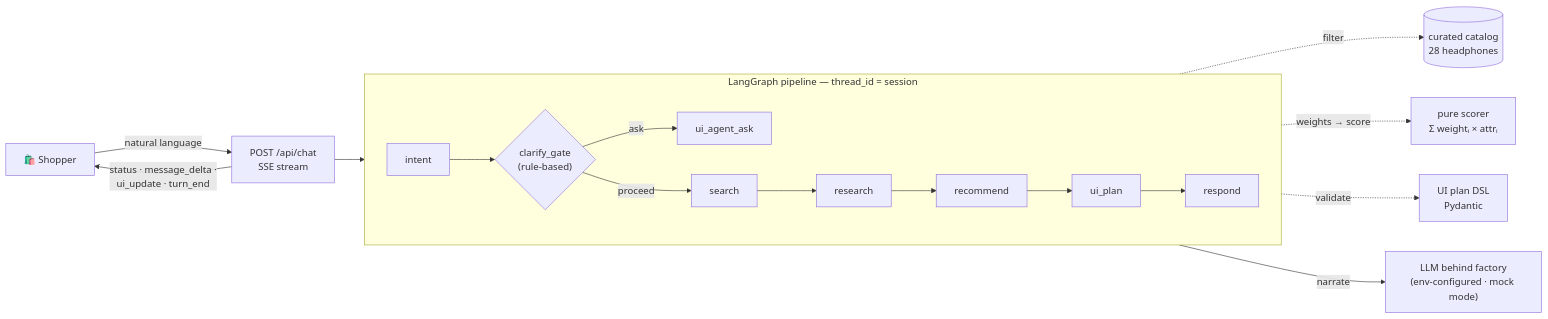
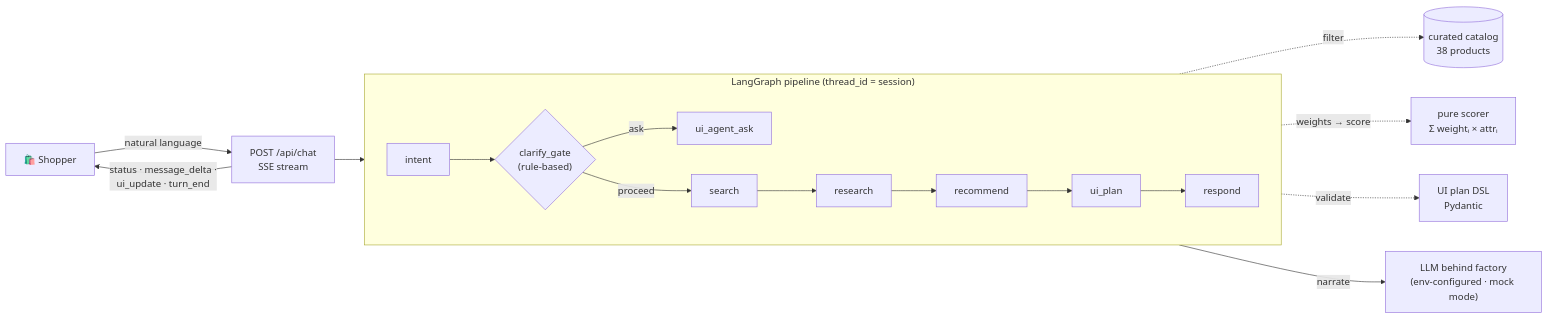
Before and after one commit to Zahrannnn/agentic-shop: the diagram in README.md, drawn with Mermaid. The commit also changed other lines of this file, not shown here.

````diff
--- a/README.md
+++ b/README.md
@@ -62,19 +61,19 @@
 ```mermaid
 flowchart LR
     U["🛍️ Shopper"] -->|"natural language"| API["POST /api/chat<br/>SSE stream"]
     API --> G
 
-    subgraph G["LangGraph pipeline — thread_id = session"]
+    subgraph G["LangGraph pipeline (thread_id = session)"]
         direction LR
         I["intent"] --> CG{"clarify_gate<br/>(rule-based)"}
         CG -->|"ask"| QA["ui_agent_ask"]
         CG -->|"proceed"| S["search"] --> RES["research"] --> REC["recommend"] --> UP["ui_plan"] --> R["respond"]
     end
 
-    S -.->|"filter"| C[("curated catalog<br/>28 headphones")]
+    S -.->|"filter"| C[("curated catalog<br/>38 products")]
     REC -.->|"weights → score"| P["pure scorer<br/>Σ weightᵢ × attrᵢ"]
     UP -.->|"validate"| D["UI plan DSL<br/>Pydantic"]
     RES -->|"narrate"| LLM["LLM behind factory<br/>(env-configured · mock mode)"]
 
     API -->|"status · message_delta ·<br/>ui_update · turn_end"| U
 ```
````
